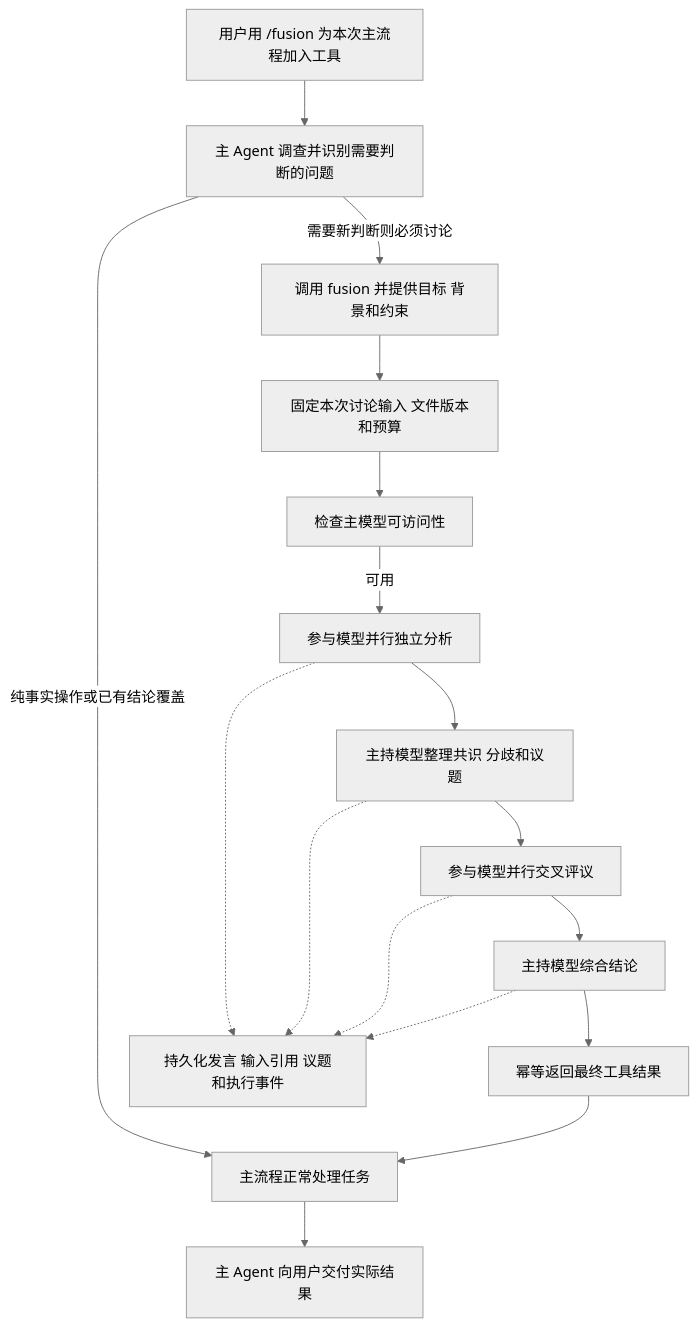
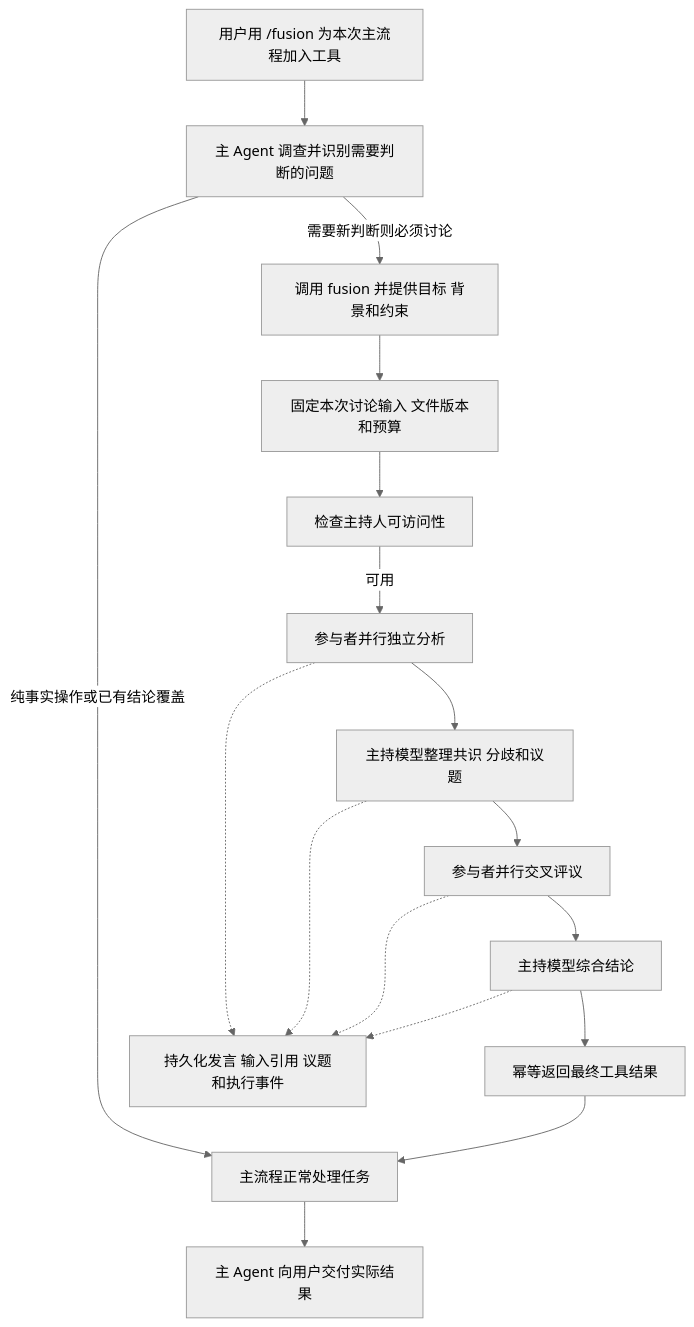
The diagram in docs/architecture/fusion.zh-CN.md (futuregene/future-os), drawn with Mermaid (neutral theme) before and after one commit. The commit also changed other lines of this file and 19 other files, not shown here.

````diff
--- a/docs/architecture/fusion.zh-CN.md
+++ b/docs/architecture/fusion.zh-CN.md
@@ -149,19 +149,19 @@
 ```mermaid
 flowchart TD
     U[用户用 /fusion 为本次主流程加入工具] --> O[主 Agent 调查并识别需要判断的问题]
     O -->|纯事实操作或已有结论覆盖| E[主流程正常处理任务]
     O -->|需要新判断则必须讨论| T[调用 fusion 并提供目标 背景和约束]
     T --> S[固定本次讨论输入 文件版本和预算]
-    S --> H[检查主模型可访问性]
-    H -->|可用| A[参与模型并行独立分析]
+    S --> H[检查主持人可访问性]
+    H -->|可用| A[参与者并行独立分析]
     A --> I[主持模型整理共识 分歧和议题]
-    I --> R[参与模型并行交叉评议]
+    I --> R[参与者并行交叉评议]
     R --> F[主持模型综合结论]
     F --> P[幂等返回最终工具结果]
     P --> E
     E --> Z[主 Agent 向用户交付实际结果]
     A -.-> D[持久化发言 输入引用 议题和执行事件]
     I -.-> D
     R -.-> D
     F -.-> D
 ```
````
